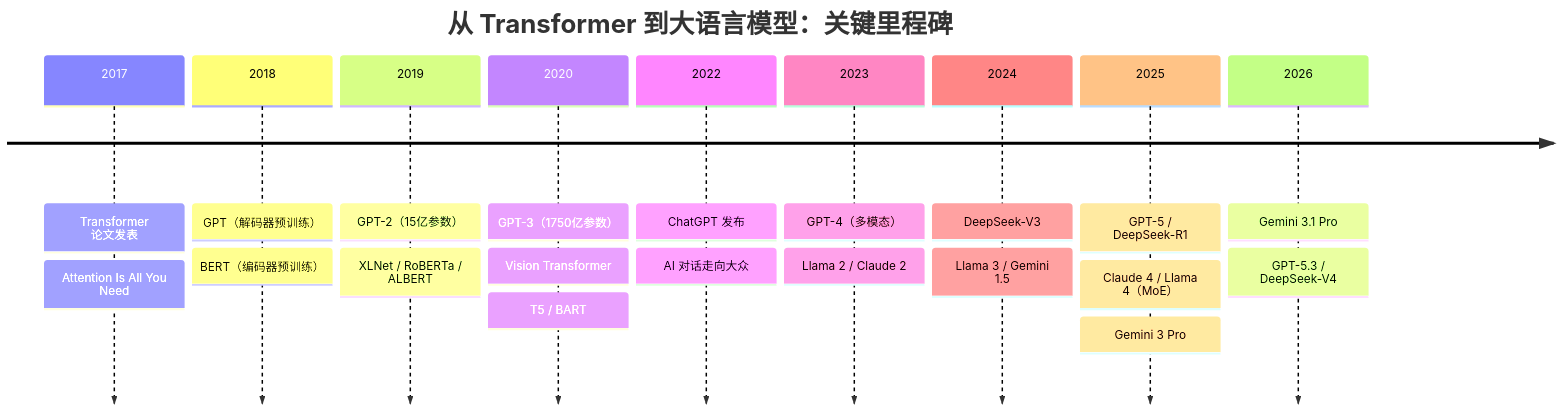
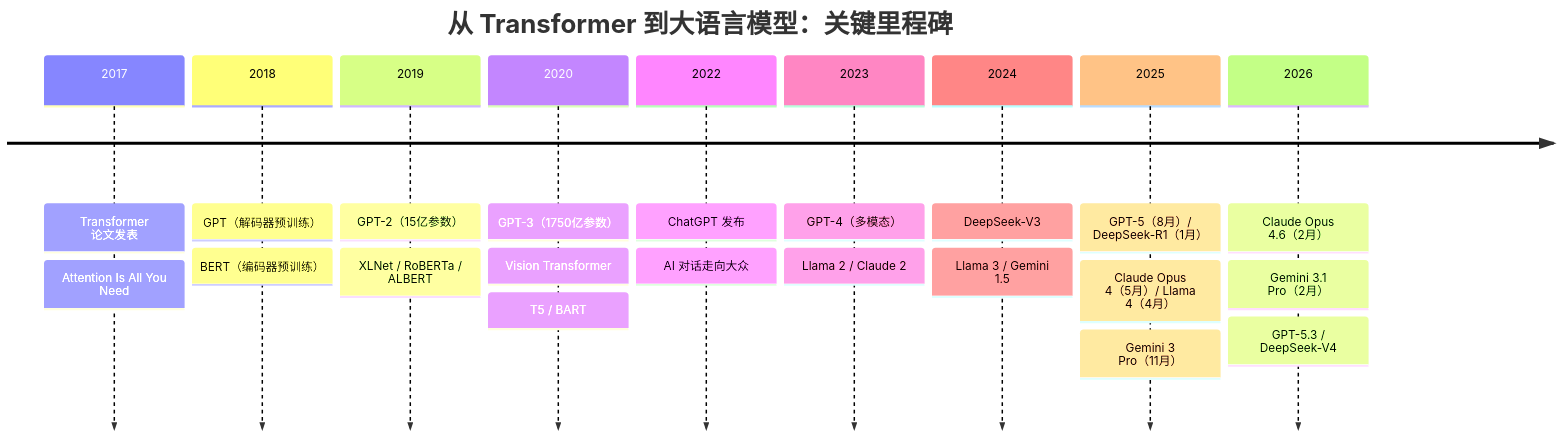
Before and after one commit to yeasy/llm_internals: the diagram in 01_introduction/1.5_milestones.md, drawn with Mermaid. The commit also changed other lines of this file, not shown here.

Commit message:
Add month for models

````diff
--- a/01_introduction/1.5_milestones.md
+++ b/01_introduction/1.5_milestones.md
@@ -5,24 +5,25 @@
 ```mermaid
 timeline
     title 从 Transformer 到大语言模型：关键里程碑
     2017 : Transformer 论文发表
          : Attention Is All You Need
     2018 : GPT（解码器预训练）
          : BERT（编码器预训练）
     2019 : GPT-2（15亿参数）
          : XLNet / RoBERTa / ALBERT
     2020 : GPT-3（1750亿参数）
          : Vision Transformer
          : T5 / BART
     2022 : ChatGPT 发布
          : AI 对话走向大众
     2023 : GPT-4（多模态）
          : Llama 2 / Claude 2
     2024 : DeepSeek-V3
          : Llama 3 / Gemini 1.5
-    2025 : GPT-5 / DeepSeek-R1
-         : Claude 4 / Llama 4（MoE）
-         : Gemini 3 Pro
-    2026 : Gemini 3.1 Pro
+    2025 : GPT-5（8月）/ DeepSeek-R1（1月）
+         : Claude Opus 4（5月）/ Llama 4（4月）
+         : Gemini 3 Pro（11月）
+    2026 : Claude Opus 4.6（2月）
+         : Gemini 3.1 Pro（2月）
          : GPT-5.3 / DeepSeek-V4
 ```
````
